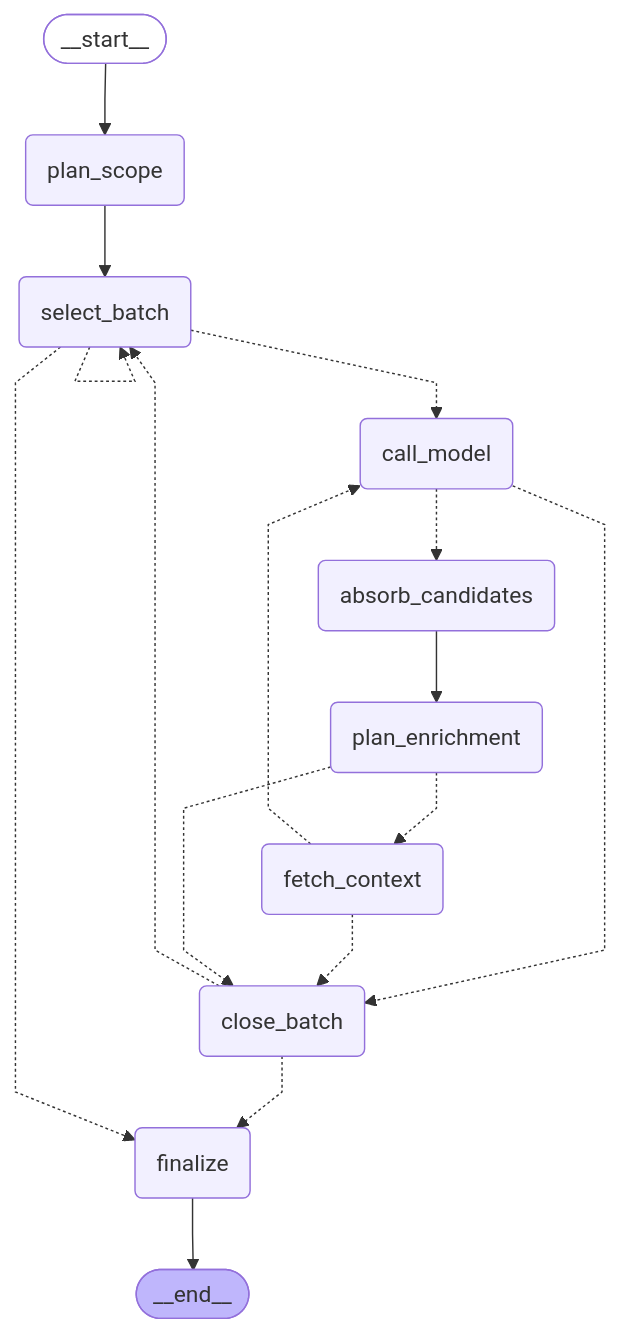
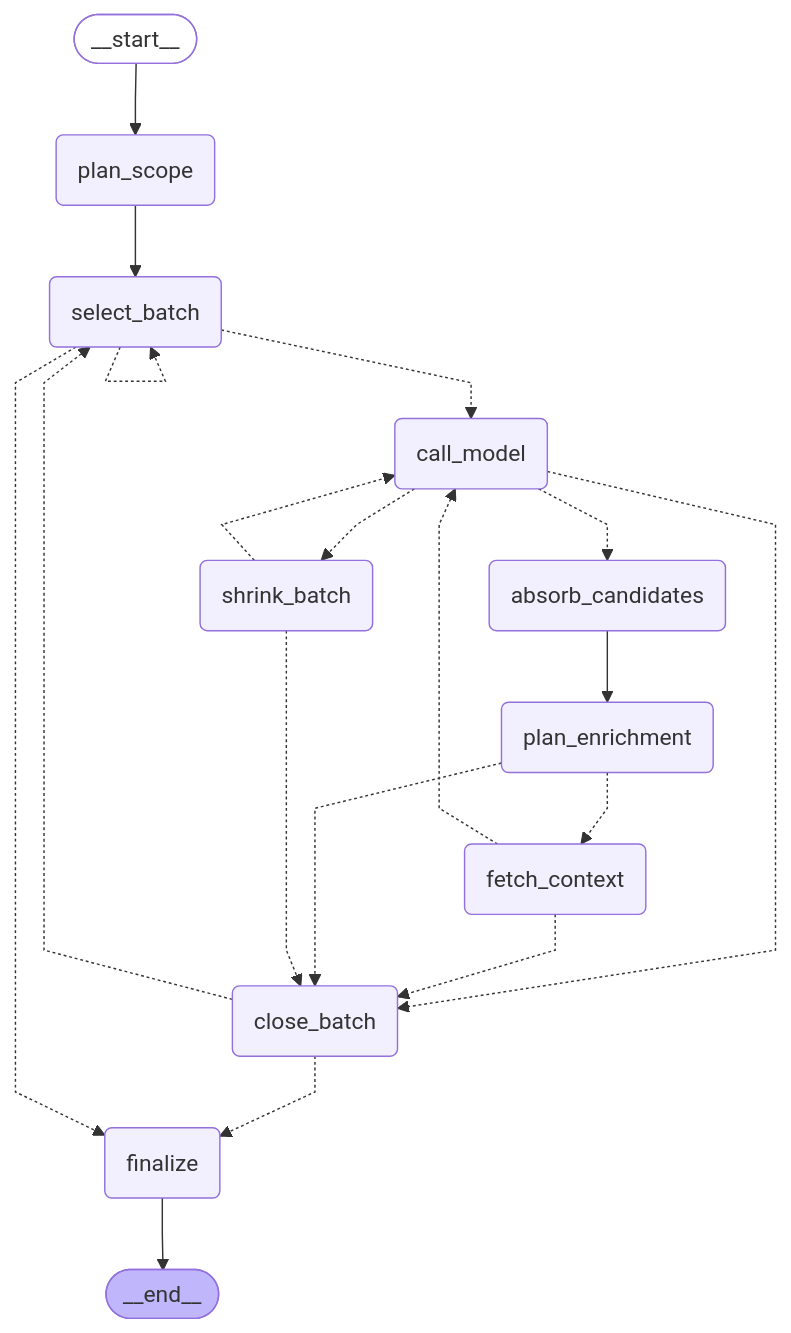
One commit to 7ossamelnagarpro/Verdict-Security-Reviewer-Agent changed the diagram in docs/agents/discovery-agent.mmd. Above: the diagram before and after it, drawn with Mermaid. The commit also changed 68 other files, not shown here.

Commit message:
Add agent graphs and benchmark evaluation

```diff
--- a/docs/agents/discovery-agent.mmd
+++ b/docs/agents/discovery-agent.mmd
@@ -1,34 +1,38 @@
 ---
 config:
   flowchart:
     curve: linear
 ---
 graph TD;
 	__start__([<p>__start__</p>]):::first
 	plan_scope(plan_scope)
 	select_batch(select_batch)
 	call_model(call_model)
+	shrink_batch(shrink_batch)
 	absorb_candidates(absorb_candidates)
 	plan_enrichment(plan_enrichment)
 	fetch_context(fetch_context)
 	close_batch(close_batch)
 	finalize(finalize)
 	__end__([<p>__end__</p>]):::last
 	__start__ --> plan_scope;
 	absorb_candidates --> plan_enrichment;
 	call_model -.-> absorb_candidates;
 	call_model -.-> close_batch;
+	call_model -.-> shrink_batch;
 	close_batch -.-> finalize;
 	close_batch -.-> select_batch;
 	fetch_context -.-> call_model;
 	fetch_context -.-> close_batch;
 	plan_enrichment -.-> close_batch;
 	plan_enrichment -.-> fetch_context;
 	plan_scope --> select_batch;
 	select_batch -.-> call_model;
 	select_batch -.-> finalize;
+	shrink_batch -.-> call_model;
+	shrink_batch -.-> close_batch;
 	finalize --> __end__;
 	select_batch -.-> select_batch;
 	classDef default fill:#f2f0ff,line-height:1.2
 	classDef first fill-opacity:0
 	classDef last fill:#bfb6fc
```
